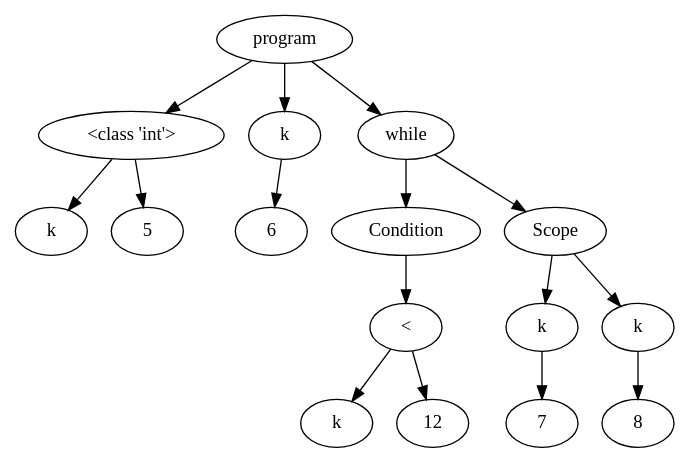
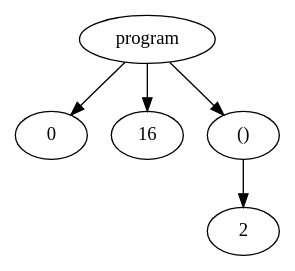
One commit to NielsVandenBroeck/COMP_Compiler changed the diagram in OutputFiles/dotVisualization.dot. Above: the diagram before and after it, drawn with Graphviz. The commit also changed 5 other files, not shown here.

```diff
--- a/OutputFiles/dotVisualization.dot
+++ b/OutputFiles/dotVisualization.dot
@@ -1,41 +1,12 @@
 digraph G { 
-"<AST.AST object at 0x000001FD141F0820> (0)"[label="program"]
-"<AST.ASTDataType object at 0x000001FD141F0490> (1)"[label="<class 'int'>"]
-"<AST.AST object at 0x000001FD141F0820> (0)"->"<AST.ASTDataType object at 0x000001FD141F0490> (1)"
-"<AST.ASTDataType object at 0x000001FD141F0490> (1)"[label="<class 'int'>"]
-"<AST.ASTVariable object at 0x000001FD141F0BB0> (2)"[label="k"]
-"<AST.ASTDataType object at 0x000001FD141F0490> (1)"->"<AST.ASTVariable object at 0x000001FD141F0BB0> (2)"
-"<AST.AST object at 0x000001FD141F08B0> (2)"[label="5"]
-"<AST.ASTDataType object at 0x000001FD141F0490> (1)"->"<AST.AST object at 0x000001FD141F08B0> (2)"
-"<AST.ASTVariable object at 0x000001FD141F09D0> (1)"[label="k"]
-"<AST.AST object at 0x000001FD141F0820> (0)"->"<AST.ASTVariable object at 0x000001FD141F09D0> (1)"
-"<AST.ASTVariable object at 0x000001FD141F09D0> (1)"[label="k"]
-"<AST.AST object at 0x000001FD141F0C40> (2)"[label="6"]
-"<AST.ASTVariable object at 0x000001FD141F09D0> (1)"->"<AST.AST object at 0x000001FD141F0C40> (2)"
-"<AST.ASTWhile object at 0x000001FD141F0E20> (1)"[label="while"]
-"<AST.AST object at 0x000001FD141F0820> (0)"->"<AST.ASTWhile object at 0x000001FD141F0E20> (1)"
-"<AST.ASTWhile object at 0x000001FD141F0E20> (1)"[label="while"]
-"<AST.ASTCondition object at 0x000001FD141F0A00> (2)"[label="Condition"]
-"<AST.ASTWhile object at 0x000001FD141F0E20> (1)"->"<AST.ASTCondition object at 0x000001FD141F0A00> (2)"
-"<AST.ASTCondition object at 0x000001FD141F0A00> (2)"[label="Condition"]
-"<AST.ASTOperator object at 0x000001FD141F0400> (3)"[label="<"]
-"<AST.ASTCondition object at 0x000001FD141F0A00> (2)"->"<AST.ASTOperator object at 0x000001FD141F0400> (3)"
-"<AST.ASTOperator object at 0x000001FD141F0400> (3)"[label="<"]
-"<AST.ASTVariable object at 0x000001FD141F0670> (4)"[label="k"]
-"<AST.ASTOperator object at 0x000001FD141F0400> (3)"->"<AST.ASTVariable object at 0x000001FD141F0670> (4)"
-"<AST.AST object at 0x000001FD141F0A30> (4)"[label="12"]
-"<AST.ASTOperator object at 0x000001FD141F0400> (3)"->"<AST.AST object at 0x000001FD141F0A30> (4)"
-"<AST.ASTScope object at 0x000001FD141F02E0> (2)"[label="Scope"]
-"<AST.ASTWhile object at 0x000001FD141F0E20> (1)"->"<AST.ASTScope object at 0x000001FD141F02E0> (2)"
-"<AST.ASTScope object at 0x000001FD141F02E0> (2)"[label="Scope"]
-"<AST.ASTVariable object at 0x000001FD141F0DF0> (3)"[label="k"]
-"<AST.ASTScope object at 0x000001FD141F02E0> (2)"->"<AST.ASTVariable object at 0x000001FD141F0DF0> (3)"
-"<AST.ASTVariable object at 0x000001FD141F0DF0> (3)"[label="k"]
-"<AST.AST object at 0x000001FD141F0D90> (4)"[label="7"]
-"<AST.ASTVariable object at 0x000001FD141F0DF0> (3)"->"<AST.AST object at 0x000001FD141F0D90> (4)"
-"<AST.ASTVariable object at 0x000001FD141F0D00> (3)"[label="k"]
-"<AST.ASTScope object at 0x000001FD141F02E0> (2)"->"<AST.ASTVariable object at 0x000001FD141F0D00> (3)"
-"<AST.ASTVariable object at 0x000001FD141F0D00> (3)"[label="k"]
-"<AST.AST object at 0x000001FD141F0640> (4)"[label="8"]
-"<AST.ASTVariable object at 0x000001FD141F0D00> (3)"->"<AST.AST object at 0x000001FD141F0640> (4)"
+"<AST.AST object at 0x000001D818E47FA0> (0)"[label="program"]
+"<AST.AST object at 0x000001D818E47B80> (1)"[label="0"]
+"<AST.AST object at 0x000001D818E47FA0> (0)"->"<AST.AST object at 0x000001D818E47B80> (1)"
+"<AST.AST object at 0x000001D818E4EBB0> (1)"[label="16"]
+"<AST.AST object at 0x000001D818E47FA0> (0)"->"<AST.AST object at 0x000001D818E4EBB0> (1)"
+"<AST.AST object at 0x000001D818E4EB50> (1)"[label="()"]
+"<AST.AST object at 0x000001D818E47FA0> (0)"->"<AST.AST object at 0x000001D818E4EB50> (1)"
+"<AST.AST object at 0x000001D818E4EB50> (1)"[label="()"]
+"<AST.AST object at 0x000001D818E4E310> (2)"[label="2"]
+"<AST.AST object at 0x000001D818E4EB50> (1)"->"<AST.AST object at 0x000001D818E4E310> (2)"
 }
```
